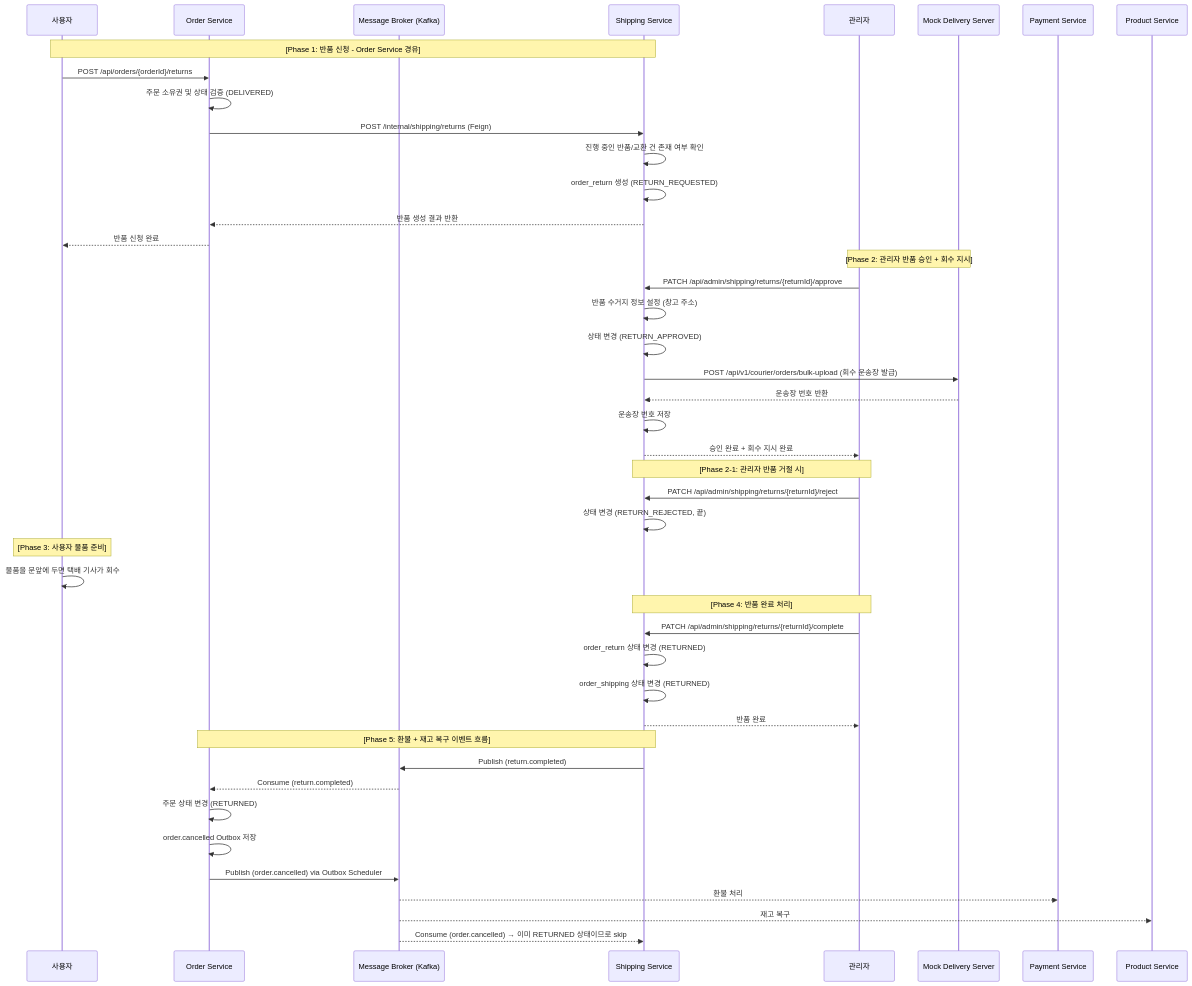
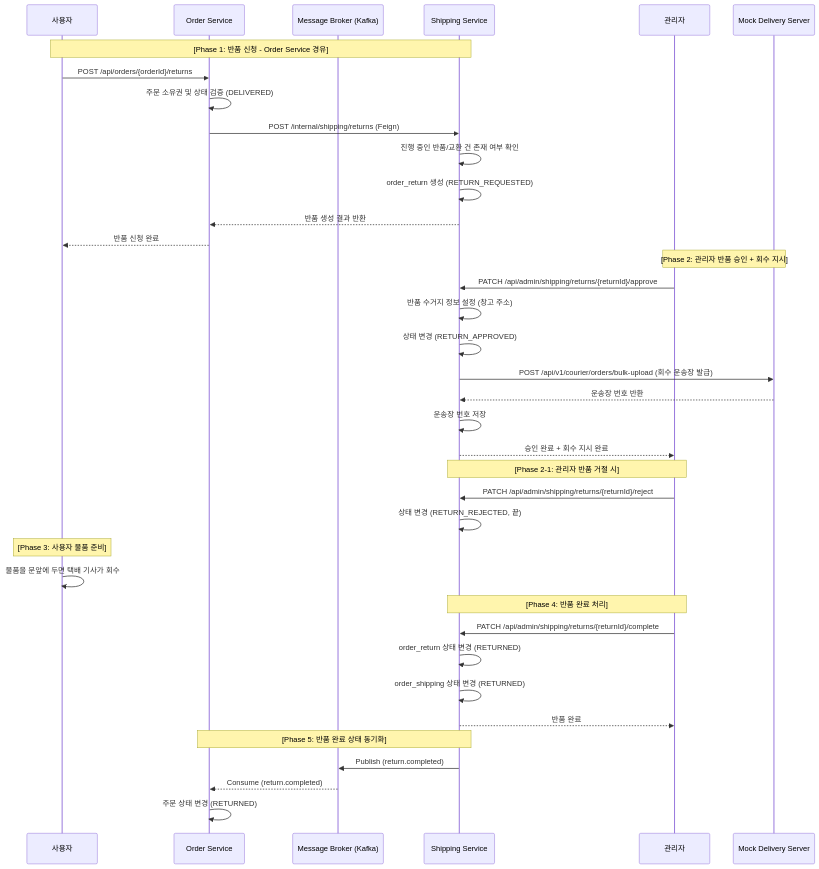
Before and after one commit to gr1993/ecommerce-msa: the third of 4 diagrams in service/shipping-service/README.md, drawn with Mermaid. The commit also changed other lines of this file and 6 other files, not shown here.

````diff
--- a/service/shipping-service/README.md
+++ b/service/shipping-service/README.md
@@ -132,52 +141,45 @@
 ```mermaid
 sequenceDiagram
     participant User as 사용자
     participant Order as Order Service
     participant Broker as Message Broker (Kafka)
     participant Ship as Shipping Service
     participant Admin as 관리자
     participant Mock as Mock Delivery Server
-    participant Payment as Payment Service
-    participant Product as Product Service
 
     Note over User, Ship: [Phase 1: 반품 신청 - Order Service 경유]
     User->>Order: POST /api/orders/{orderId}/returns
     Order->>Order: 주문 소유권 및 상태 검증 (DELIVERED)
     Order->>Ship: POST /internal/shipping/returns (Feign)
     Ship->>Ship: 진행 중인 반품/교환 건 존재 여부 확인
     Ship->>Ship: order_return 생성 (RETURN_REQUESTED)
     Ship-->>Order: 반품 생성 결과 반환
     Order-->>User: 반품 신청 완료
 
     Note over Admin, Mock: [Phase 2: 관리자 반품 승인 + 회수 지시]
     Admin->>Ship: PATCH /api/admin/shipping/returns/{returnId}/approve
     Ship->>Ship: 반품 수거지 정보 설정 (창고 주소)
     Ship->>Ship: 상태 변경 (RETURN_APPROVED)
     Ship->>Mock: POST /api/v1/courier/orders/bulk-upload (회수 운송장 발급)
     Mock-->>Ship: 운송장 번호 반환
     Ship->>Ship: 운송장 번호 저장
     Ship-->>Admin: 승인 완료 + 회수 지시 완료
 
     Note over Admin, Ship: [Phase 2-1: 관리자 반품 거절 시]
     Admin->>Ship: PATCH /api/admin/shipping/returns/{returnId}/reject
     Ship->>Ship: 상태 변경 (RETURN_REJECTED, 끝)
 
     Note over User: [Phase 3: 사용자 물품 준비]
     User->>User: 물품을 문앞에 두면 택배 기사가 회수
 
     Note over Admin, Ship: [Phase 4: 반품 완료 처리]
     Admin->>Ship: PATCH /api/admin/shipping/returns/{returnId}/complete
     Ship->>Ship: order_return 상태 변경 (RETURNED)
     Ship->>Ship: order_shipping 상태 변경 (RETURNED)
     Ship-->>Admin: 반품 완료
 
-    Note over Ship, Order: [Phase 5: 환불 + 재고 복구 이벤트 흐름]
+    Note over Ship, Order: [Phase 5: 반품 완료 상태 동기화]
     Ship->>Broker: Publish (return.completed)
     Broker-->>Order: Consume (return.completed)
     Order->>Order: 주문 상태 변경 (RETURNED)
-    Order->>Order: order.cancelled Outbox 저장
-    Order->>Broker: Publish (order.cancelled) via Outbox Scheduler
-    Broker-->>Payment: 환불 처리
-    Broker-->>Product: 재고 복구
-    Broker-->>Ship: Consume (order.cancelled) → 이미 RETURNED 상태이므로 skip
 ```
````
